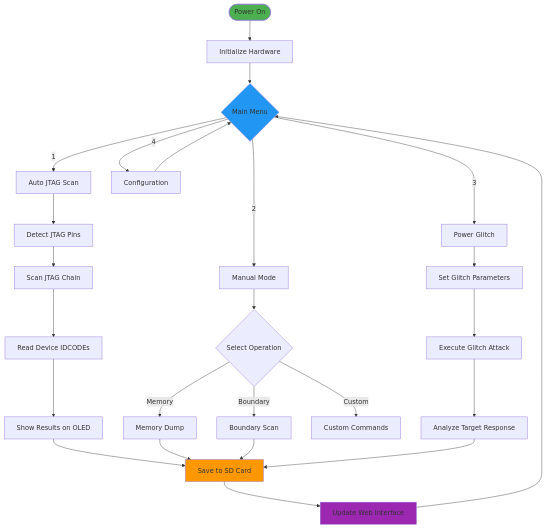
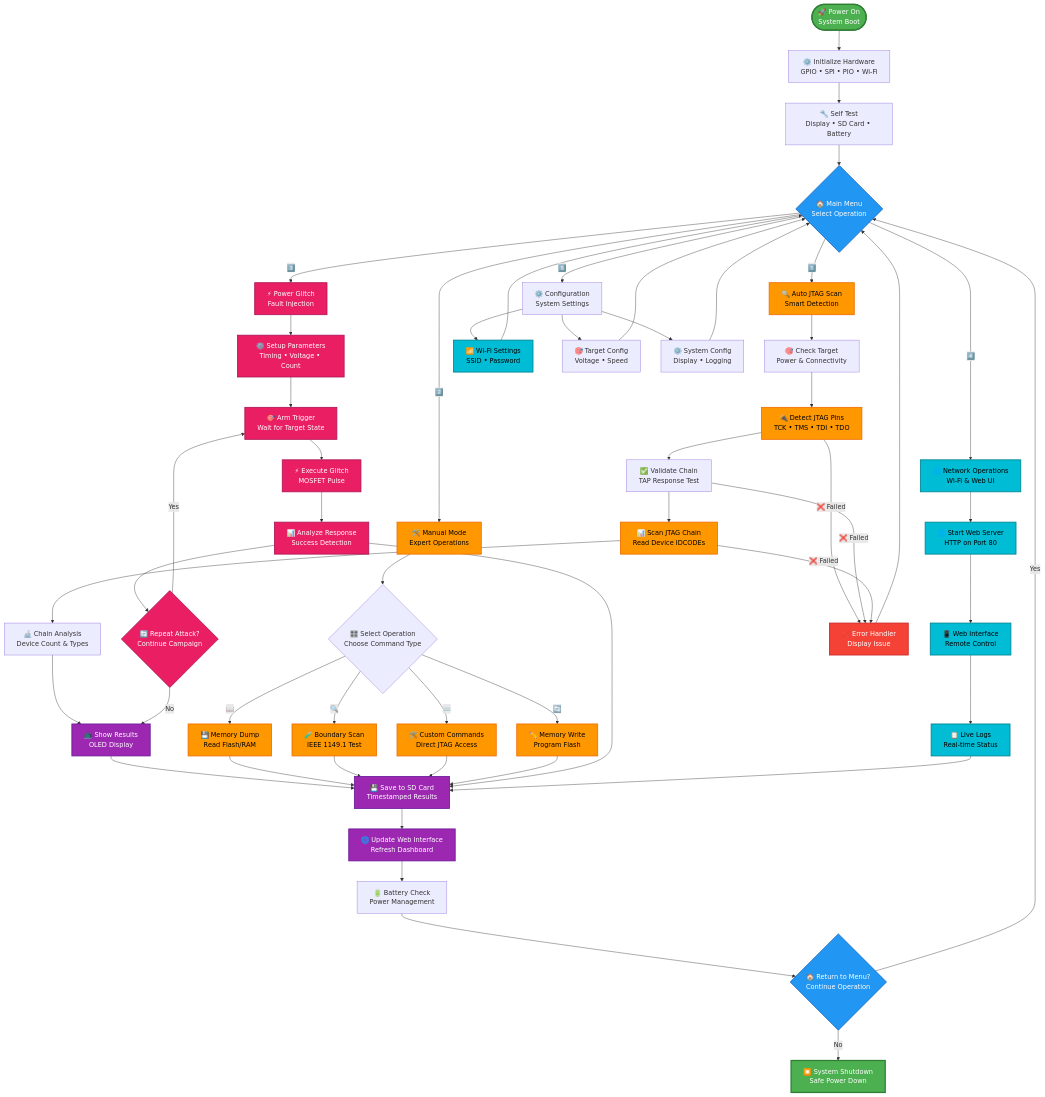
Before and after one commit to seedon198/KISS: the fourth of 10 diagrams in README.md, drawn with Mermaid. The commit also changed other lines of this file and 1 other file, not shown here.

````diff
--- a/README.md
+++ b/README.md
@@ -142,39 +338,86 @@
 ```mermaid
 flowchart TD
-    Start([Power On]) --> Init[Initialize Hardware]
-    Init --> Menu{Main Menu}
+    Start([🚀 Power On<br/>System Boot]) --> Init[⚙️ Initialize Hardware<br/>GPIO • SPI • PIO • Wi-Fi]
+    Init --> SelfTest[🔧 Self Test<br/>Display • SD Card • Battery]
+    SelfTest --> Menu{🏠 Main Menu<br/>Select Operation}
     
-    Menu -->|1| AutoScan[Auto JTAG Scan]
-    Menu -->|2| Manual[Manual Mode]
-    Menu -->|3| Glitch[Power Glitch]
-    Menu -->|4| Settings[Configuration]
+    Menu -->|1️⃣| AutoScan[🔍 Auto JTAG Scan<br/>Smart Detection]
+    Menu -->|2️⃣| Manual[🛠️ Manual Mode<br/>Expert Operations]
+    Menu -->|3️⃣| Glitch[⚡ Power Glitch<br/>Fault Injection]
+    Menu -->|4️⃣| Network[🌐 Network Operations<br/>Wi-Fi & Web UI]
+    Menu -->|5️⃣| Settings[⚙️ Configuration<br/>System Settings]
     
-    AutoScan --> DetectPins[Detect JTAG Pins]
-    DetectPins --> ScanChain[Scan JTAG Chain]
-    ScanChain --> ReadID[Read Device IDCODEs]
-    ReadID --> DisplayResults[Show Results on OLED]
+    %% Auto Scan Flow
+    AutoScan --> CheckTarget[🎯 Check Target<br/>Power & Connectivity]
+    CheckTarget --> PinDetect[🔌 Detect JTAG Pins<br/>TCK • TMS • TDI • TDO]
+    PinDetect --> ValidateChain[✅ Validate Chain<br/>TAP Response Test]
+    ValidateChain --> ScanDevices[📊 Scan JTAG Chain<br/>Read Device IDCODEs]
+    ScanDevices --> ChainAnalysis[🔬 Chain Analysis<br/>Device Count & Types]
+    ChainAnalysis --> DisplayResults[📺 Show Results<br/>OLED Display]
     
-    Manual --> SelectOp{Select Operation}
-    SelectOp -->|Memory| MemDump[Memory Dump]
-    SelectOp -->|Boundary| BoundaryScan[Boundary Scan]
-    SelectOp -->|Custom| CustomCmd[Custom Commands]
+    %% Manual Mode Flow
+    Manual --> SelectOp{🎛️ Select Operation<br/>Choose Command Type}
+    SelectOp -->|📖| MemDump[💾 Memory Dump<br/>Read Flash/RAM]
+    SelectOp -->|🔍| BoundaryScan[🧪 Boundary Scan<br/>IEEE 1149.1 Test]
+    SelectOp -->|⌨️| CustomCmd[🛠️ Custom Commands<br/>Direct JTAG Access]
+    SelectOp -->|🔄| MemWrite[✏️ Memory Write<br/>Program Flash]
     
-    Glitch --> SetParams[Set Glitch Parameters]
-    SetParams --> TriggerGlitch[Execute Glitch Attack]
-    TriggerGlitch --> AnalyzeResult[Analyze Target Response]
+    %% Glitch Attack Flow
+    Glitch --> GlitchSetup[⚙️ Setup Parameters<br/>Timing • Voltage • Count]
+    GlitchSetup --> GlitchArm[🎯 Arm Trigger<br/>Wait for Target State]
+    GlitchArm --> GlitchFire[⚡ Execute Glitch<br/>MOSFET Pulse]
+    GlitchFire --> GlitchAnalyze[📊 Analyze Response<br/>Success Detection]
+    GlitchAnalyze --> GlitchRepeat{🔄 Repeat Attack?<br/>Continue Campaign}
+    GlitchRepeat -->|Yes| GlitchArm
+    GlitchRepeat -->|No| DisplayResults
     
-    DisplayResults --> LogSD[Save to SD Card]
+    %% Network Operations
+    Network --> WebStart[🌐 Start Web Server<br/>HTTP on Port 80]
+    WebStart --> WebInterface[📱 Web Interface<br/>Remote Control]
+    WebInterface --> WebLogs[📋 Live Logs<br/>Real-time Status]
+    
+    %% Common Flow
+    DisplayResults --> LogSD[💾 Save to SD Card<br/>Timestamped Results]
     MemDump --> LogSD
     BoundaryScan --> LogSD
-    AnalyzeResult --> LogSD
+    CustomCmd --> LogSD
+    MemWrite --> LogSD
+    GlitchAnalyze --> LogSD
+    WebLogs --> LogSD
     
-    LogSD --> WebUpdate[Update Web Interface]
-    WebUpdate --> Menu
+    LogSD --> WebUpdate[🌐 Update Web Interface<br/>Refresh Dashboard]
+    WebUpdate --> BattCheck[🔋 Battery Check<br/>Power Management]
+    BattCheck --> BackToMenu{🏠 Return to Menu?<br/>Continue Operation}
+    BackToMenu -->|Yes| Menu
+    BackToMenu -->|No| Shutdown[⏹️ System Shutdown<br/>Safe Power Down]
     
-    Settings --> Menu
+    Settings --> ConfigNetwork[📶 Wi-Fi Settings<br/>SSID • Password]
+    Settings --> ConfigTarget[🎯 Target Config<br/>Voltage • Speed]
+    Settings --> ConfigSystem[⚙️ System Config<br/>Display • Logging]
+    ConfigNetwork --> Menu
+    ConfigTarget --> Menu
+    ConfigSystem --> Menu
     
-    style Start fill:#4caf50
-    style Menu fill:#2196f3
-    style LogSD fill:#ff9800
-    style WebUpdate fill:#9c27b0
+    %% Error Handling
+    PinDetect -->|❌ Failed| ErrorHandler[❌ Error Handler<br/>Display Issue]
+    ValidateChain -->|❌ Failed| ErrorHandler
+    ScanDevices -->|❌ Failed| ErrorHandler
+    ErrorHandler --> Menu
+    
+    %% Styling
+    classDef startEnd fill:#4caf50,stroke:#2e7d32,stroke-width:3px,color:#fff
+    classDef menu fill:#2196f3,stroke:#1565c0,stroke-width:2px,color:#fff
+    classDef operation fill:#ff9800,stroke:#ef6c00,stroke-width:2px,color:#000
+    classDef storage fill:#9c27b0,stroke:#6a1b9a,stroke-width:2px,color:#fff
+    classDef network fill:#00bcd4,stroke:#00838f,stroke-width:2px,color:#000
+    classDef error fill:#f44336,stroke:#c62828,stroke-width:2px,color:#fff
+    classDef glitch fill:#e91e63,stroke:#ad1457,stroke-width:2px,color:#fff
+    
+    class Start,Shutdown startEnd
+    class Menu,BackToMenu menu
+    class AutoScan,Manual,PinDetect,ScanDevices,MemDump,BoundaryScan,CustomCmd,MemWrite operation
+    class LogSD,WebUpdate,DisplayResults storage
+    class Network,WebStart,WebInterface,WebLogs,ConfigNetwork network
+    class ErrorHandler error
+    class Glitch,GlitchSetup,GlitchArm,GlitchFire,GlitchAnalyze,GlitchRepeat glitch
 ```
````
